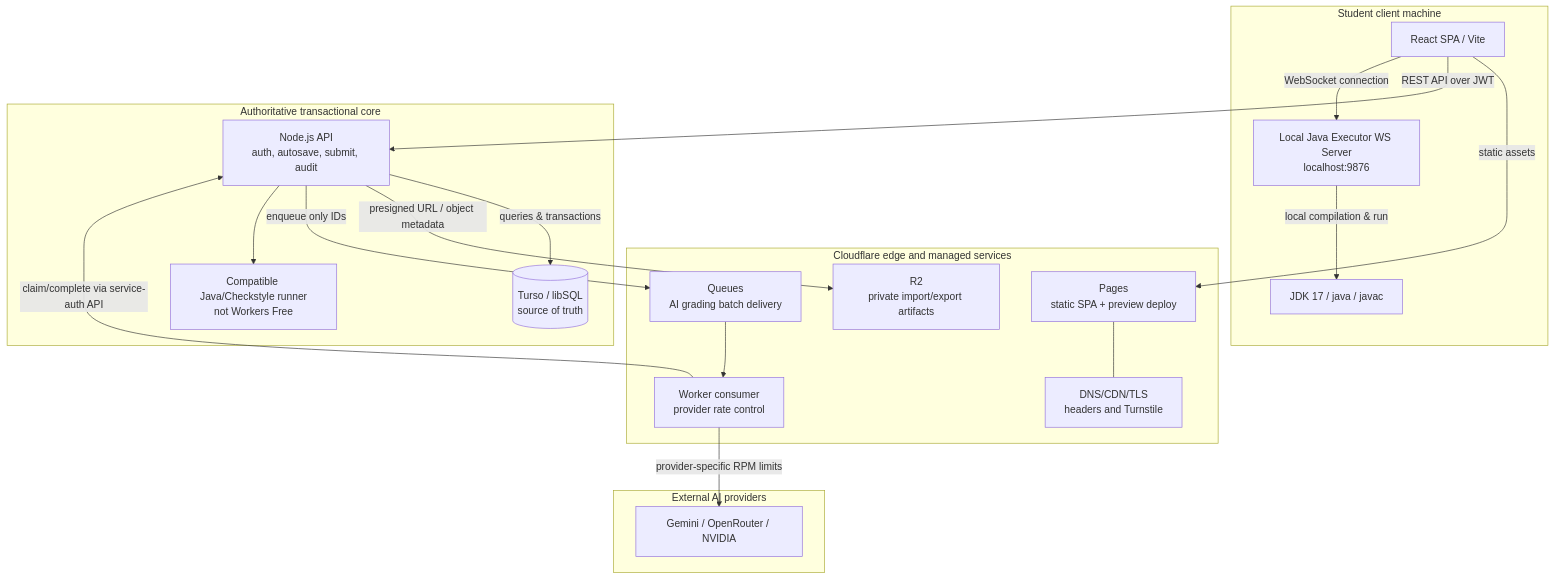
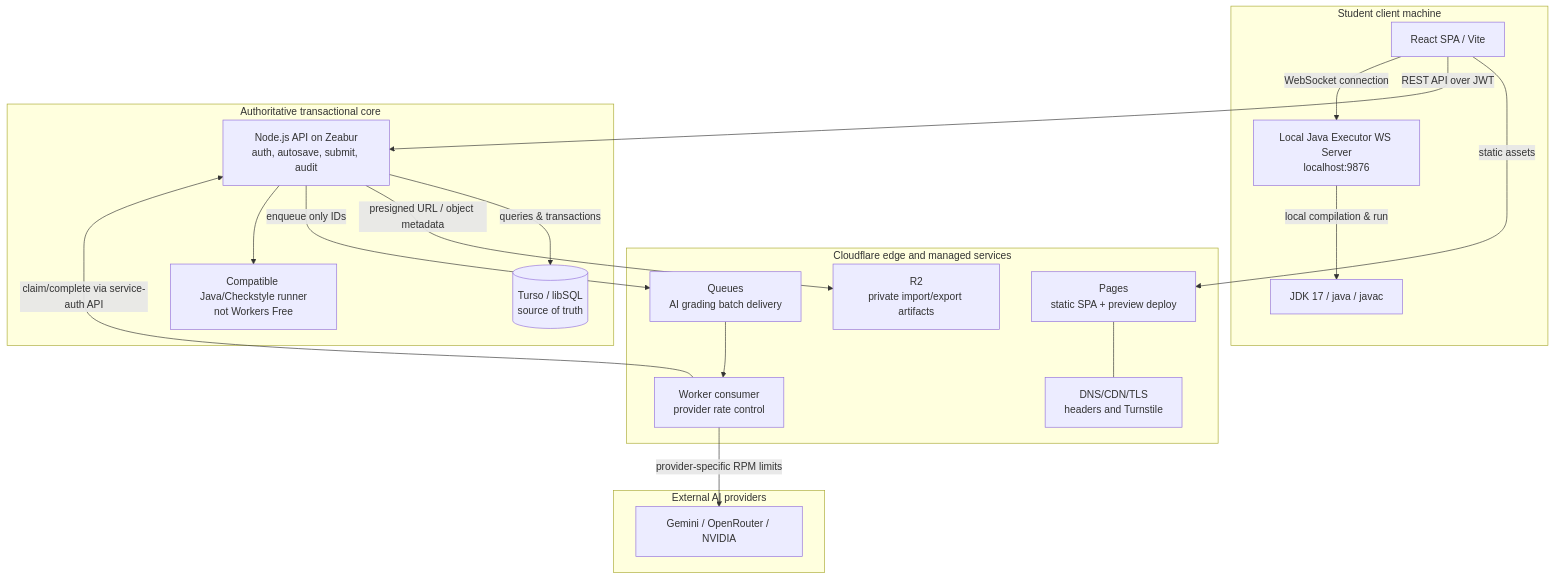
The first of 2 diagrams in design.md (oop-uet/olp), drawn with Mermaid before and after one commit. The commit also changed other lines of this file and 16 other files, not shown here.

````diff
--- a/design.md
+++ b/design.md
@@ -30,39 +34,39 @@
 ```mermaid
 graph TB
     subgraph StudentDevice[Student client machine]
       Browser[React SPA / Vite]
       ExecutorAgent[Local Java Executor WS Server<br/>localhost:9876]
       JDK17[JDK 17 / java / javac]
     end
 
     subgraph Cloudflare[Cloudflare edge and managed services]
       Pages[Pages<br/>static SPA + preview deploy]
       Edge[DNS/CDN/TLS<br/>headers and Turnstile]
       R2[R2<br/>private import/export artifacts]
       Queue[Queues<br/>AI grading batch delivery]
       Consumer[Worker consumer<br/>provider rate control]
     end
 
     subgraph TransactionalCore[Authoritative transactional core]
-      API[Node.js API<br/>auth, autosave, submit, audit]
+      API[Node.js API on Zeabur<br/>auth, autosave, submit, audit]
       Database[(Turso / libSQL<br/>source of truth)]
       JavaRunner[Compatible Java/Checkstyle runner<br/>not Workers Free]
     end
 
     subgraph External[External AI providers]
       Providers[Gemini / OpenRouter / NVIDIA]
     end
 
     Browser -->|static assets| Pages
     Pages --- Edge
     Browser -->|REST API over JWT| API
     Browser -->|WebSocket connection| ExecutorAgent
     ExecutorAgent -->|local compilation & run| JDK17
     API -->|queries & transactions| Database
     API -->|presigned URL / object metadata| R2
     API -->|enqueue only IDs| Queue
     Queue --> Consumer
     Consumer -->|claim/complete via service-auth API| API
     Consumer -->|provider-specific RPM limits| Providers
     API --> JavaRunner
 ```
````
